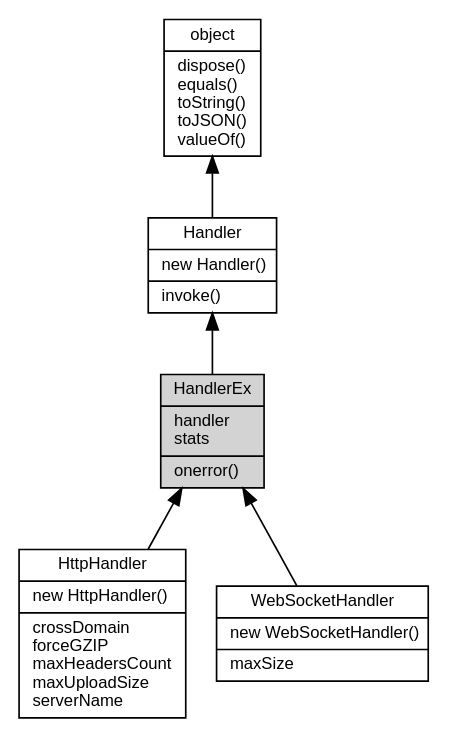
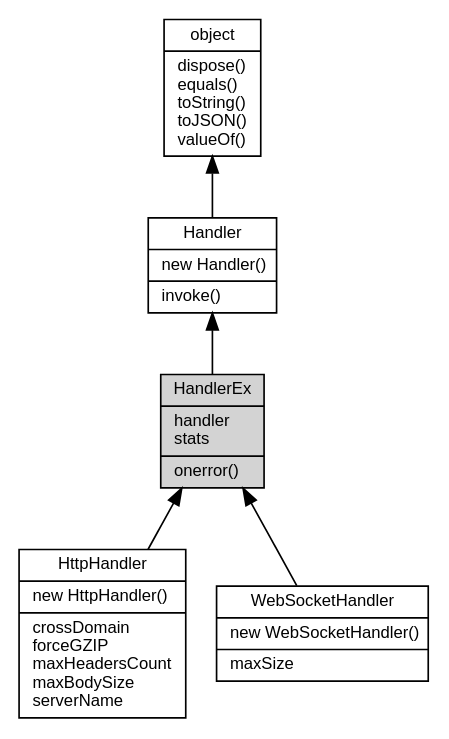
Before and after one commit to fibjs/fibjs.org: the diagram in docs/manual/object/ifs/HandlerEx.md, drawn with Graphviz. The commit also changed 26 other files, not shown here.

````diff
--- a/docs/manual/object/ifs/HandlerEx.md
+++ b/docs/manual/object/ifs/HandlerEx.md
@@ -5,16 +5,16 @@
 ```dot
 digraph {
     node [fontname="Helvetica,sans-Serif", fontsize=10, shape="record", style="filled", fillcolor="white"];
 
     object [tooltip="object", URL="object.md", label="{object|dispose()\lequals()\ltoString()\ltoJSON()\lvalueOf()\l}"];
     Handler [tooltip="Handler", URL="Handler.md", label="{Handler|new Handler()\l|invoke()\l}"];
     HandlerEx [tooltip="HandlerEx", fillcolor="lightgray", label="{HandlerEx|handler\lstats\l|onerror()\l}"];
-    HttpHandler [tooltip="HttpHandler", URL="HttpHandler.md", label="{HttpHandler|new HttpHandler()\l|crossDomain\lforceGZIP\lmaxHeadersCount\lmaxUploadSize\lserverName\l}"];
+    HttpHandler [tooltip="HttpHandler", URL="HttpHandler.md", label="{HttpHandler|new HttpHandler()\l|crossDomain\lforceGZIP\lmaxHeadersCount\lmaxBodySize\lserverName\l}"];
     WebSocketHandler [tooltip="WebSocketHandler", URL="WebSocketHandler.md", label="{WebSocketHandler|new WebSocketHandler()\l|maxSize\l}"];
 
     object -> Handler [dir=back];
     Handler -> HandlerEx [dir=back];
     HandlerEx -> HttpHandler [dir=back];
     HandlerEx -> WebSocketHandler [dir=back];
 }
 ```
````
